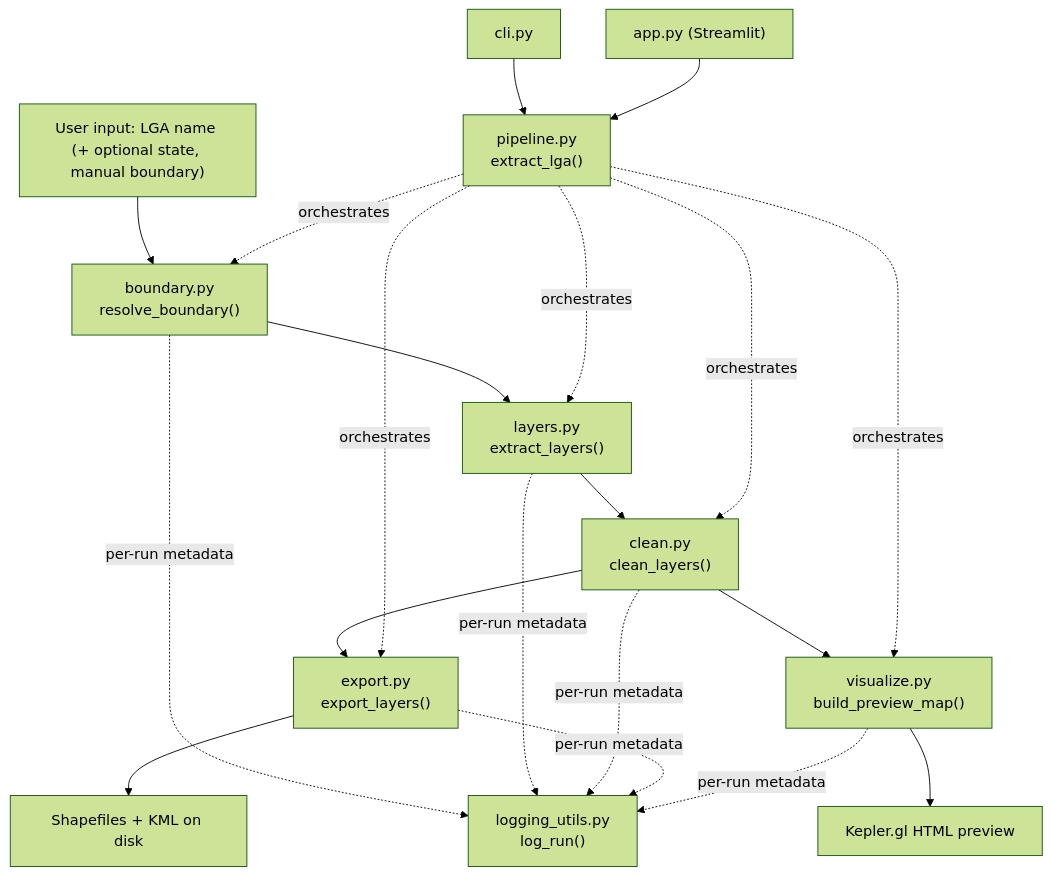
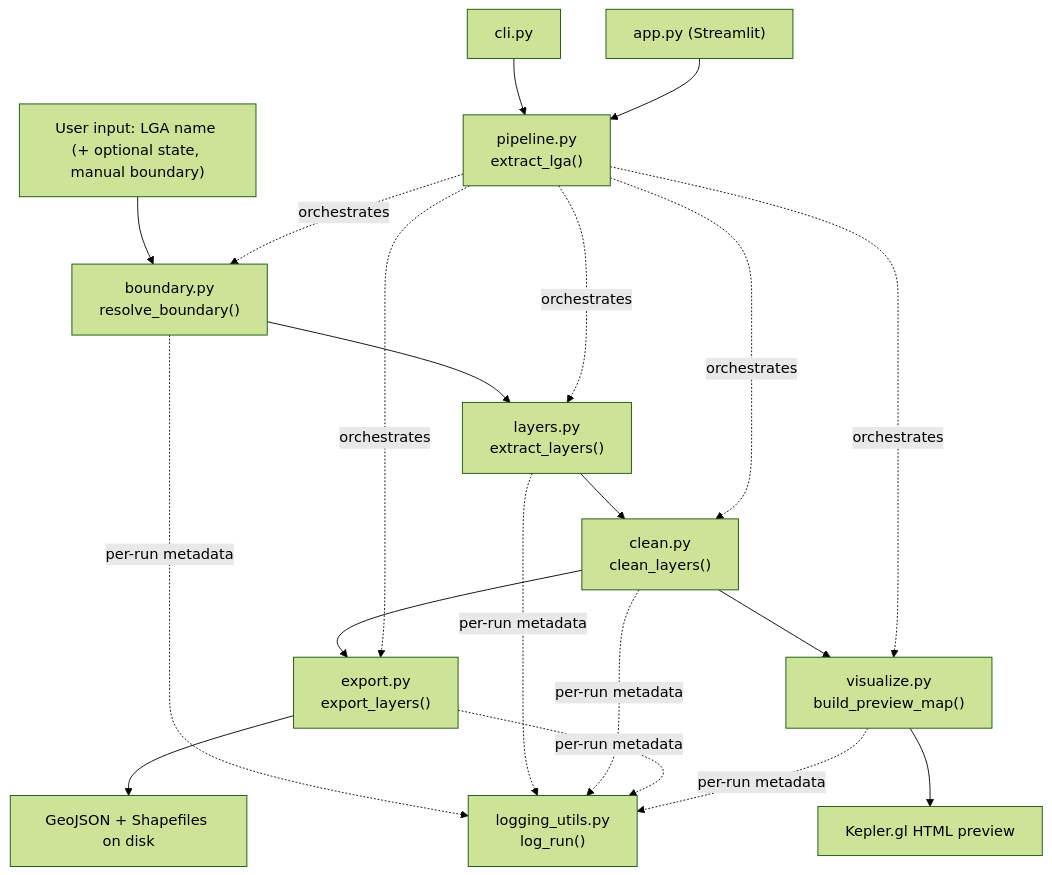
One commit to Mapkathon2026-UseOSM/UseOSM_Mapkathon-Submission-documentation changed the diagram in docs/lga-osm-extractor/overview.md. Above: the diagram before and after it, drawn with Mermaid (forest theme). The commit also changed other lines of this file and 26 other files, not shown here.

````diff
--- a/docs/lga-osm-extractor/overview.md
+++ b/docs/lga-osm-extractor/overview.md
@@ -46,20 +46,20 @@
 ```mermaid
 flowchart TD
     A["User input: LGA name (+ optional state, manual boundary)"] --> B["boundary.py<br/>resolve_boundary()"]
     B --> C["layers.py<br/>extract_layers()"]
     C --> D["clean.py<br/>clean_layers()"]
     D --> E["export.py<br/>export_layers()"]
     D --> F["visualize.py<br/>build_preview_map()"]
-    E --> G["Shapefiles + KML on disk"]
+    E --> G["GeoJSON + Shapefiles on disk"]
     F --> H["Kepler.gl HTML preview"]
     B & C & D & E & F -.->|per-run metadata| I["logging_utils.py<br/>log_run()"]
 
     J["pipeline.py<br/>extract_lga()"] -.orchestrates.-> B
     J -.orchestrates.-> C
     J -.orchestrates.-> D
     J -.orchestrates.-> E
     J -.orchestrates.-> F
 
     K[cli.py] --> J
     L["app.py (Streamlit)"] --> J
 ```
````
